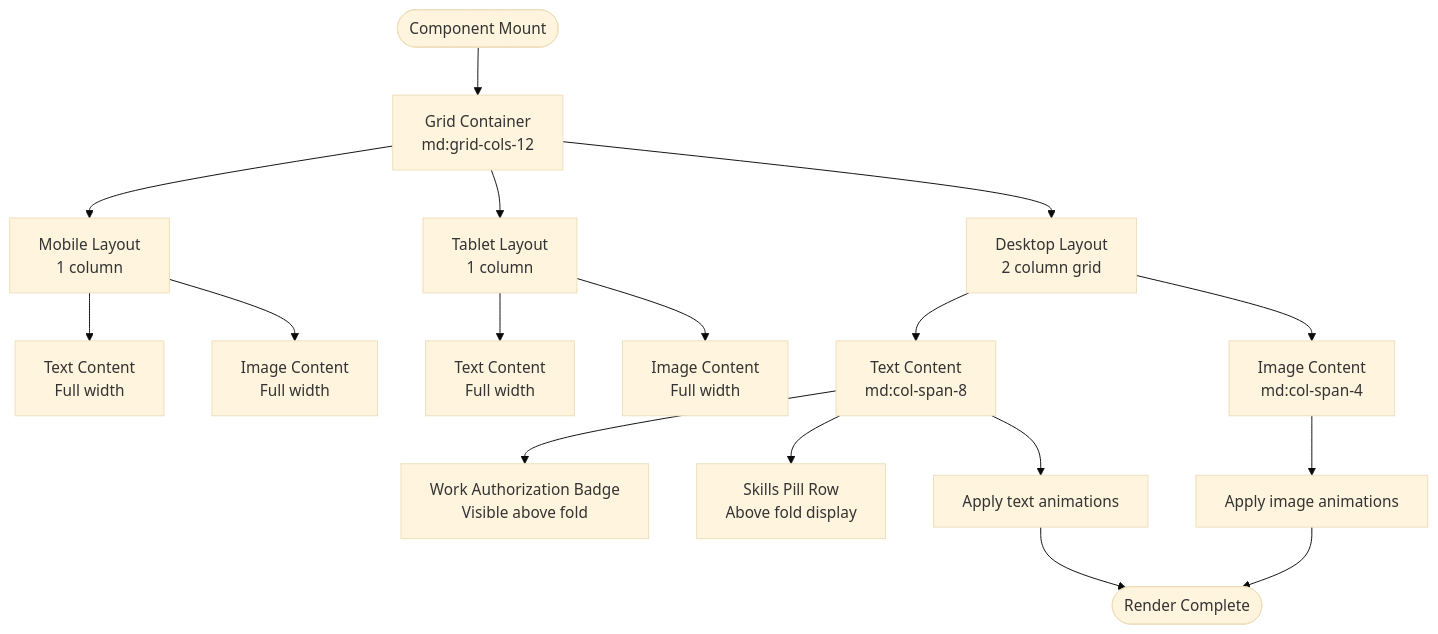
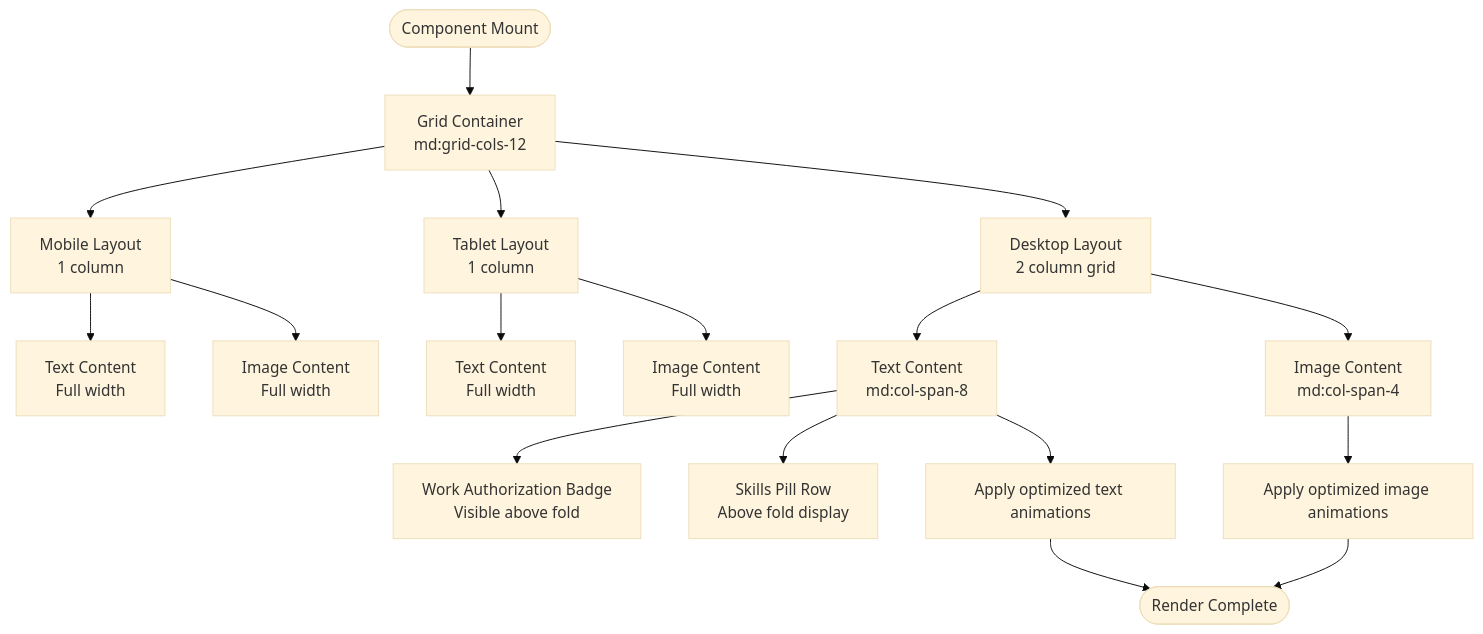
The third of 6 diagrams in .qoder/repowiki/en/content/Component Library & UI Elements/Hero Component.md (subash7781/Portfolio), drawn with Mermaid (base theme) before and after one commit. The commit also changed other lines of this file and 9 other files, not shown here.

````diff
--- a/.qoder/repowiki/en/content/Component Library & UI Elements/Hero Component.md
+++ b/.qoder/repowiki/en/content/Component Library & UI Elements/Hero Component.md
@@ -153,19 +154,19 @@
 ```mermaid
 flowchart TD
 Start([Component Mount]) --> Container["Grid Container<br/>md:grid-cols-12"]
 Container --> Mobile["Mobile Layout<br/>1 column"]
 Container --> Tablet["Tablet Layout<br/>1 column"]
 Container --> Desktop["Desktop Layout<br/>2 column grid"]
 Mobile --> TextMobile["Text Content<br/>Full width"]
 Mobile --> ImageMobile["Image Content<br/>Full width"]
 Tablet --> TextTablet["Text Content<br/>Full width"]
 Tablet --> ImageTablet["Image Content<br/>Full width"]
 Desktop --> TextDesktop["Text Content<br/>md:col-span-8"]
 Desktop --> ImageDesktop["Image Content<br/>md:col-span-4"]
 TextDesktop --> WorkAuth["Work Authorization Badge<br/>Visible above fold"]
 TextDesktop --> SkillsRow["Skills Pill Row<br/>Above fold display"]
-TextDesktop --> Animations["Apply text animations"]
-ImageDesktop --> ImageEffects["Apply image animations"]
+TextDesktop --> Animations["Apply optimized text animations"]
+ImageDesktop --> ImageEffects["Apply optimized image animations"]
 Animations --> Complete([Render Complete])
 ImageEffects --> Complete
 ```
````
